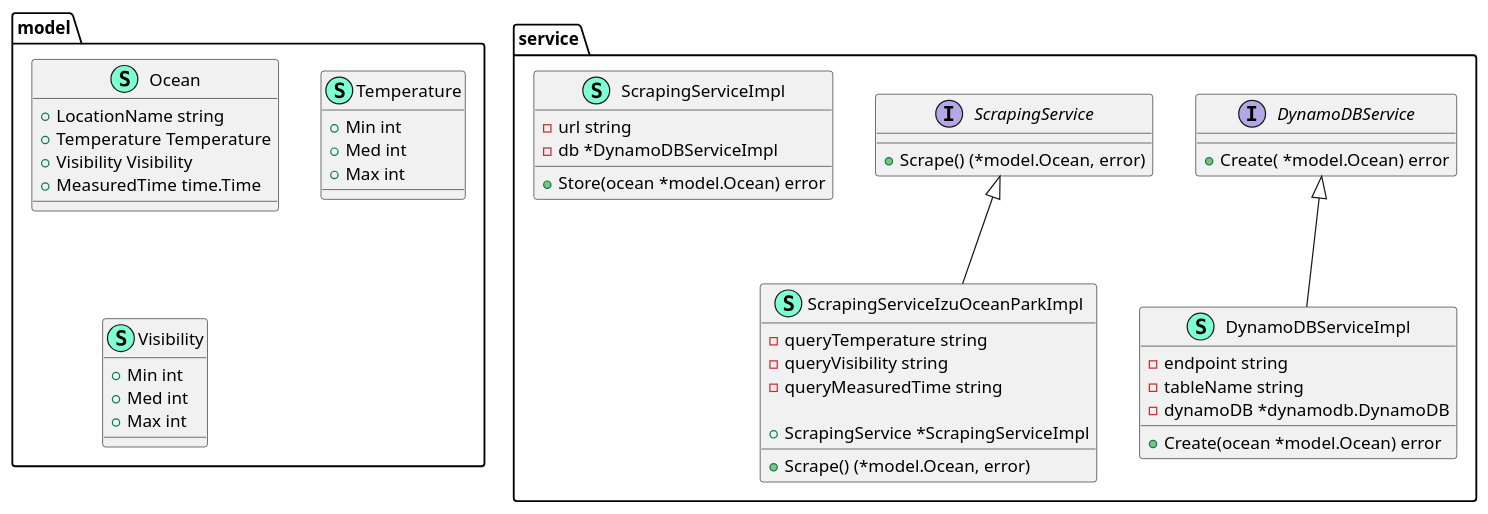
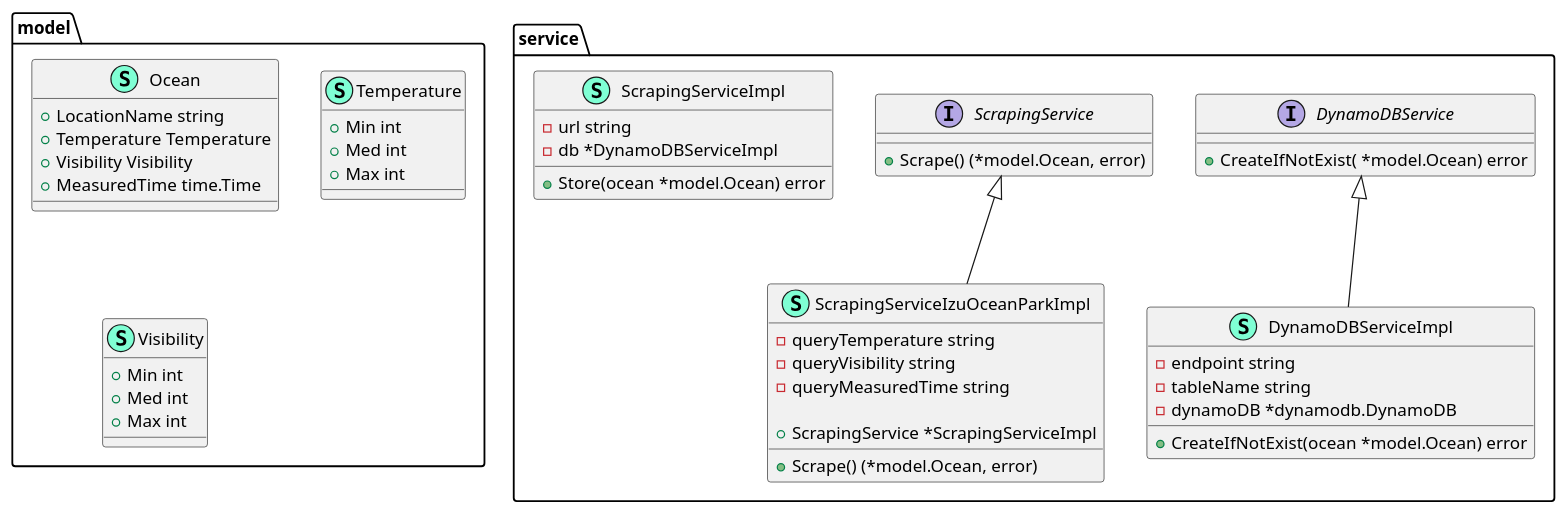
The diagram in docs/class.puml (t29mato/divers-ocean-map), drawn with PlantUML before and after one commit. The commit also changed 2 other files, not shown here.

Commit message:
refactor: 関数名 (CreateIfNotExist)

```diff
--- a/docs/class.puml
+++ b/docs/class.puml
@@ -1,64 +1,64 @@
 @startuml
 namespace model {
     class Ocean << (S,Aquamarine) >> {
         + LocationName string
         + Temperature Temperature
         + Visibility Visibility
         + MeasuredTime time.Time
 
     }
     class Temperature << (S,Aquamarine) >> {
         + Min int
         + Med int
         + Max int
 
     }
     class Visibility << (S,Aquamarine) >> {
         + Min int
         + Med int
         + Max int
 
     }
 }
 
 
 namespace service {
     interface DynamoDBService  {
-        + Create( *model.Ocean) error
+        + CreateIfNotExist( *model.Ocean) error
 
     }
     class DynamoDBServiceImpl << (S,Aquamarine) >> {
         - endpoint string
         - tableName string
         - dynamoDB *dynamodb.DynamoDB
 
-        + Create(ocean *model.Ocean) error
+        + CreateIfNotExist(ocean *model.Ocean) error
 
     }
     interface ScrapingService  {
         + Scrape() (*model.Ocean, error)
 
     }
     class ScrapingServiceImpl << (S,Aquamarine) >> {
         - url string
         - db *DynamoDBServiceImpl
 
         + Store(ocean *model.Ocean) error
 
     }
     class ScrapingServiceIzuOceanParkImpl << (S,Aquamarine) >> {
         - queryTemperature string
         - queryVisibility string
         - queryMeasuredTime string
 
         + ScrapingService *ScrapingServiceImpl
 
         + Scrape() (*model.Ocean, error)
 
     }
 }
 
 "service.DynamoDBService" <|-- "service.DynamoDBServiceImpl"
 "service.ScrapingService" <|-- "service.ScrapingServiceIzuOceanParkImpl"
 
 @enduml
```
